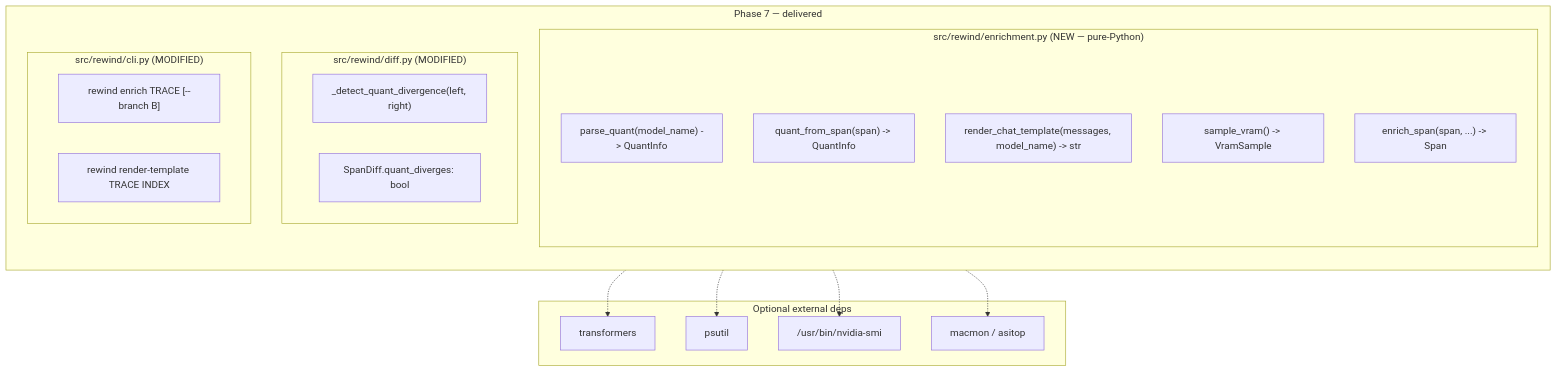
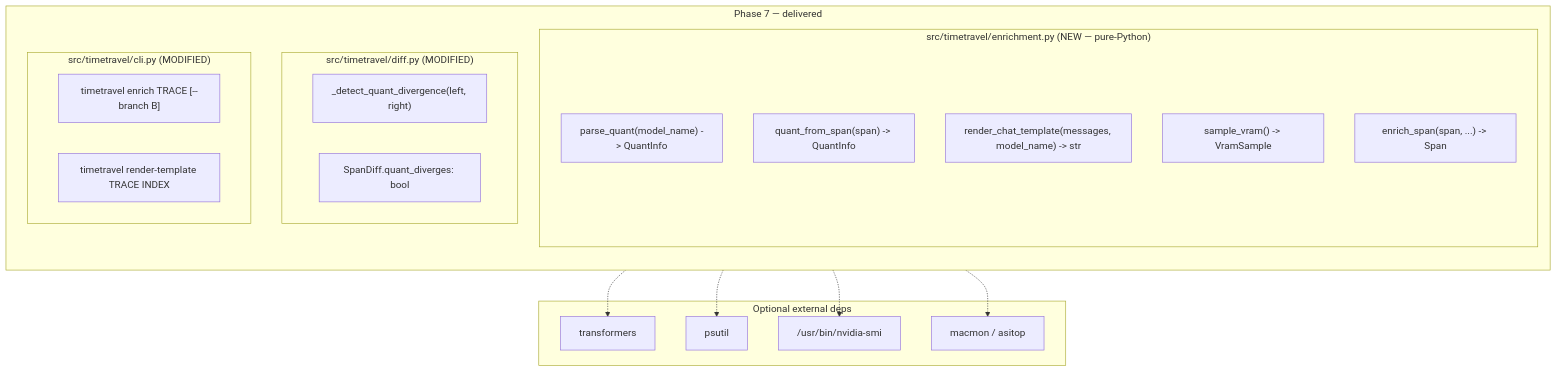
One commit to akshay-mp/Rewind changed the first of 3 diagrams in docs/phases/phase-7.md. Above: the diagram before and after it, drawn with Mermaid. The commit also changed other lines of this file and 244 other files, not shown here.

````diff
--- a/docs/phases/phase-7.md
+++ b/docs/phases/phase-7.md
@@ -145,32 +145,32 @@
 ```mermaid
 flowchart TB
     %% Phase 7 architecture — local-model enrichment.
     subgraph P7["Phase 7 — delivered"]
         direction TB
-        subgraph EnrichMod["src/rewind/enrichment.py (NEW — pure-Python)"]
+        subgraph EnrichMod["src/timetravel/enrichment.py (NEW — pure-Python)"]
             ParseQuant["parse_quant(model_name) -> QuantInfo"]
             QuantFromSpan["quant_from_span(span) -> QuantInfo"]
             RenderTpl["render_chat_template(messages, model_name) -> str"]
             SampleVram["sample_vram() -> VramSample"]
             EnrichSpan["enrich_span(span, ...) -> Span"]
         end
-        subgraph DiffMod["src/rewind/diff.py (MODIFIED)"]
+        subgraph DiffMod["src/timetravel/diff.py (MODIFIED)"]
             QuantDiv["_detect_quant_divergence(left, right)"]
             SpanDiff["SpanDiff.quant_diverges: bool"]
         end
-        subgraph CLI2["src/rewind/cli.py (MODIFIED)"]
-            CMDenrich["rewind enrich TRACE [--branch B]"]
-            CMDrender["rewind render-template TRACE INDEX"]
+        subgraph CLI2["src/timetravel/cli.py (MODIFIED)"]
+            CMDenrich["timetravel enrich TRACE [--branch B]"]
+            CMDrender["timetravel render-template TRACE INDEX"]
         end
     end
     subgraph External["Optional external deps"]
         Transformers["transformers"]
         Psutil["psutil"]
         NvidiaSmi["/usr/bin/nvidia-smi"]
         MacMon["macmon / asitop"]
     end
     EnrichSpan -.-> Transformers
     EnrichSpan -.-> Psutil
     SampleVram -.-> NvidiaSmi
     SampleVram -.-> MacMon
 ```
````
